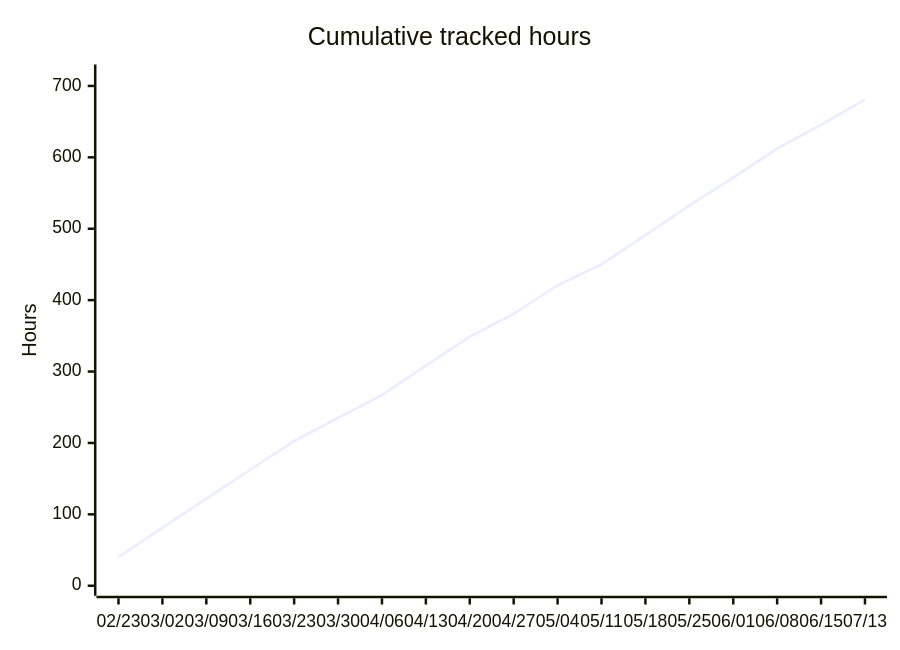
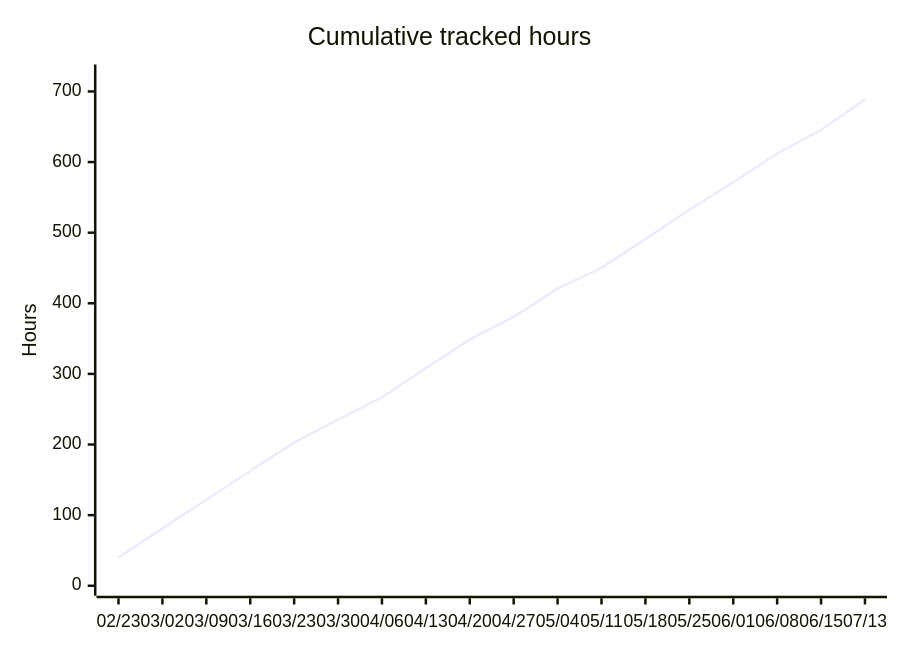
One commit to albinforsberg-netizen/timeclock changed the fifth of 5 diagrams in README.org. Above: the diagram before and after it, drawn with Mermaid. The commit also changed other lines of this file, not shown here.

```diff
--- a/README.org
+++ b/README.org
@@ -126,7 +126,7 @@
 #+begin_src mermaid
 xychart-beta
     title "Cumulative tracked hours"
     x-axis ["02/23", "03/02", "03/09", "03/16", "03/23", "03/30", "04/06", "04/13", "04/20", "04/27", "05/04", "05/11", "05/18", "05/25", "06/01", "06/08", "06/15", "07/13"]
-    y-axis "Hours" 0 --> 716
-    line [40.00, 81.25, 121.75, 162.50, 202.75, 235.19, 267.03, 308.11, 348.83, 380.71, 420.81, 450.20, 490.81, 532.57, 571.50, 612.14, 645.42, 681.04]
+    y-axis "Hours" 0 --> 724
+    line [40.00, 81.25, 121.75, 162.50, 202.75, 235.19, 267.03, 308.11, 348.83, 380.71, 420.81, 450.20, 490.81, 532.57, 571.50, 612.14, 645.42, 688.75]
 #+end_src
```
